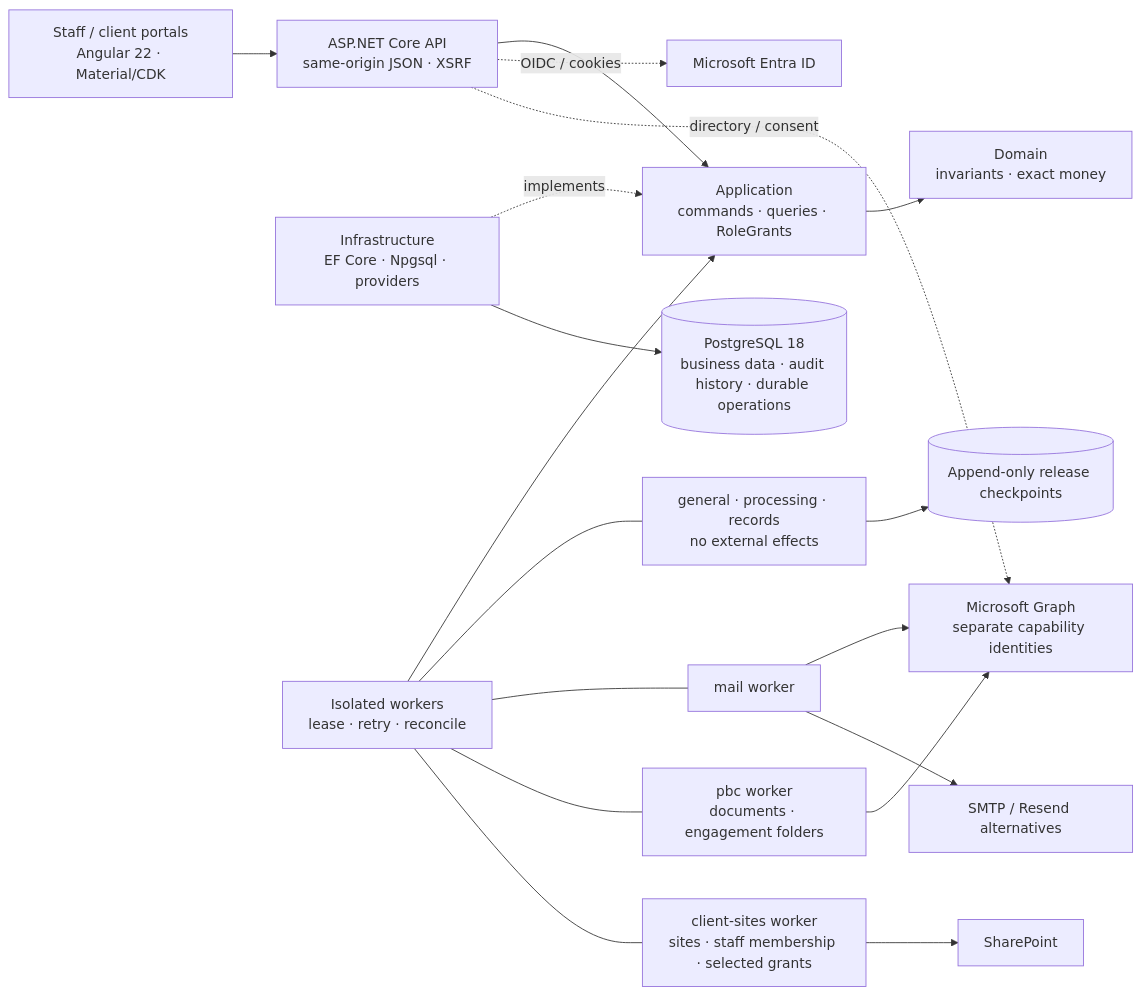
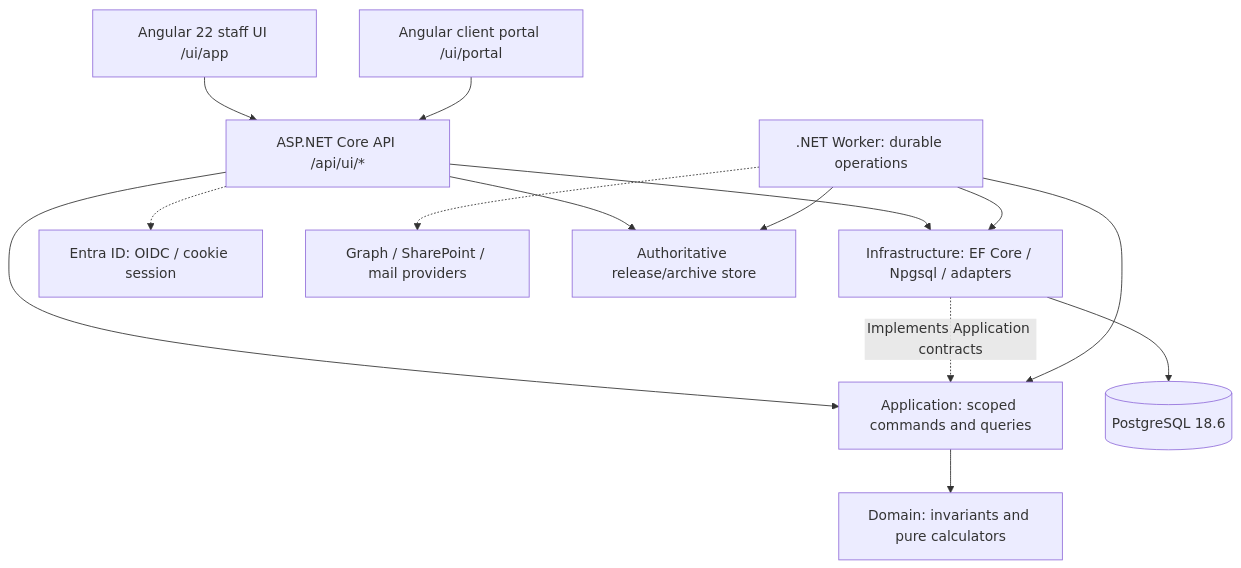
Before and after one commit to nirzaf/AuditSphere: the second of 2 diagrams in README.md, drawn with Mermaid. The commit also changed other lines of this file, not shown here.

````diff
--- a/README.md
+++ b/README.md
@@ -24,20 +58,16 @@
 ```mermaid
-flowchart LR
-    U["Staff / client portals<br/>Angular 22 · Material/CDK"] --> API["ASP.NET Core API<br/>same-origin JSON · XSRF"]
-    API --> APP["Application<br/>commands · queries · RoleGrants"]
-    APP --> DOM["Domain<br/>invariants · exact money"]
-    INF["Infrastructure<br/>EF Core · Npgsql · providers"] -.implements.-> APP
-    INF --> PG[("PostgreSQL 18<br/>business data · audit history · durable operations")]
-    W["Isolated workers<br/>lease · retry · reconcile"] --> APP
-    CORE["general · processing · records<br/>no external effects"] --> CKPT[("Append-only release checkpoints")]
-    W --- CORE
-    API -.OIDC / cookies.-> ENTRA["Microsoft Entra ID"]
-    API -.directory / consent.-> GRAPH["Microsoft Graph<br/>separate capability identities"]
-    MAIL["mail worker"] --> GRAPH
-    MAIL --> SMTP["SMTP / Resend alternatives"]
-    PBC["pbc worker<br/>documents · engagement folders"] --> GRAPH
-    SITES["client-sites worker<br/>sites · staff membership · selected grants"] --> SPO["SharePoint"]
-    W --- MAIL
-    W --- PBC
-    W --- SITES
+flowchart TB
+    STAFF["Angular 22 staff UI /ui/app"] --> API["ASP.NET Core API /api/ui/*"]
+    CLIENT["Angular client portal /ui/portal"] --> API
+    API --> APP["Application: scoped commands and queries"]
+    APP --> DOMAIN["Domain: invariants and pure calculators"]
+    API --> INF["Infrastructure: EF Core / Npgsql / adapters"]
+    INF -.->|"Implements Application contracts"| APP
+    INF --> DB[("PostgreSQL 18.6")]
+    WORKER[".NET Worker: durable operations"] --> APP
+    WORKER --> INF
+    API -.-> ENTRA["Entra ID: OIDC / cookie session"]
+    WORKER -.-> M365["Graph / SharePoint / mail providers"]
+    API --> ARCHIVE["Authoritative release/archive store"]
+    WORKER --> ARCHIVE
 ```
````
